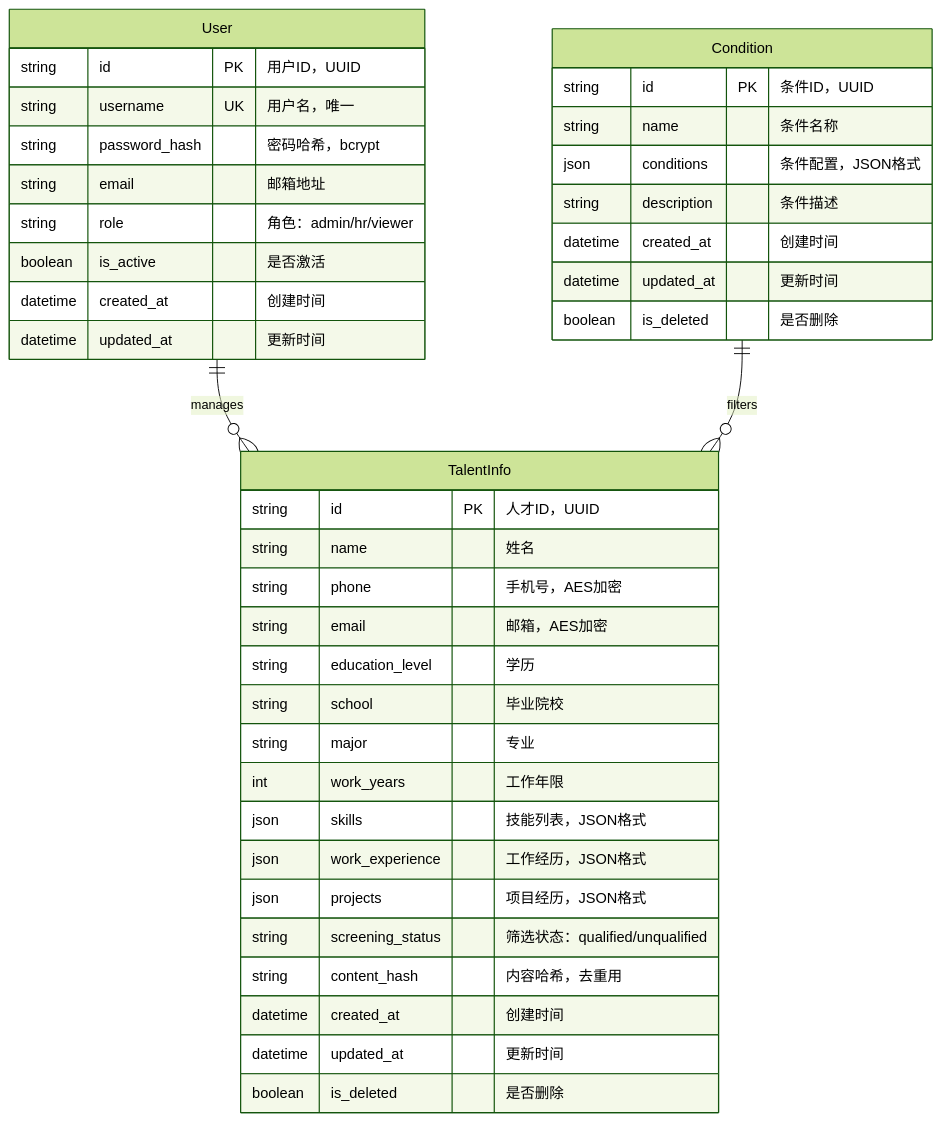
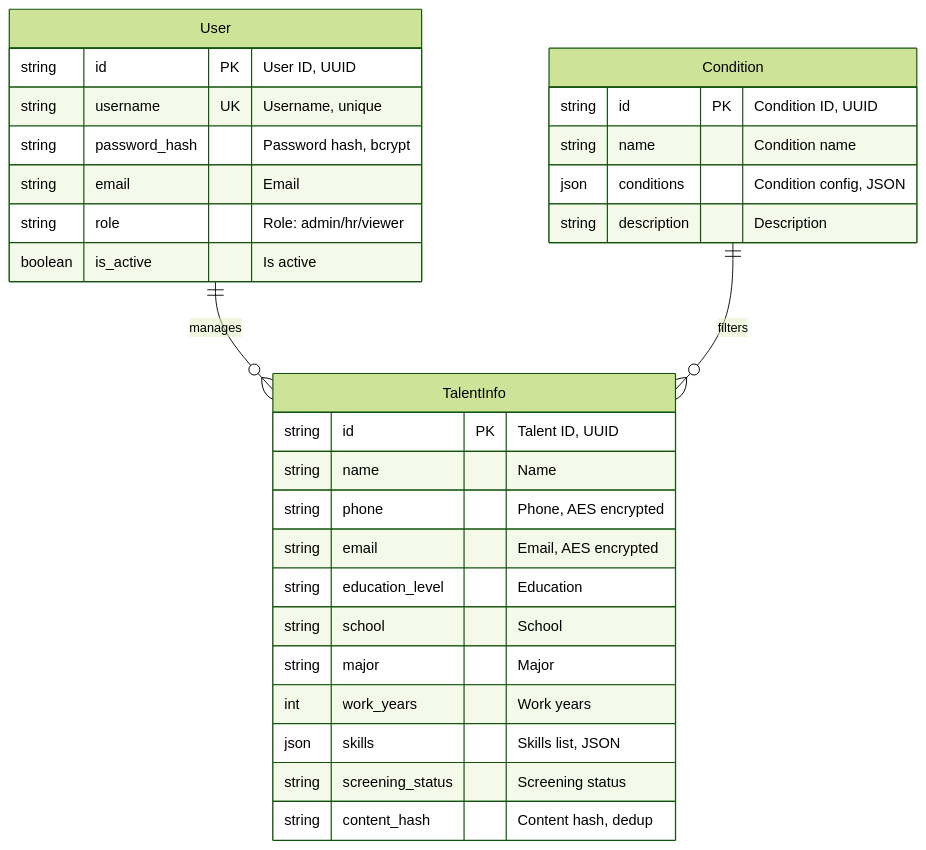
Before and after one commit to xt765/ResumeScreening: the sixth of 6 diagrams in README.md, drawn with Mermaid (forest theme). The commit also changed other lines of this file and 7 other files, not shown here.

````diff
--- a/README.md
+++ b/README.md
@@ -569,45 +257,35 @@
 ```mermaid
 erDiagram
     User ||--o{ TalentInfo : manages
     Condition ||--o{ TalentInfo : filters
-  
+    
     User {
-        string id PK "用户ID，UUID"
-        string username UK "用户名，唯一"
-        string password_hash "密码哈希，bcrypt"
-        string email "邮箱地址"
-        string role "角色：admin/hr/viewer"
-        boolean is_active "是否激活"
-        datetime created_at "创建时间"
-        datetime updated_at "更新时间"
+        string id PK "User ID, UUID"
+        string username UK "Username, unique"
+        string password_hash "Password hash, bcrypt"
+        string email "Email"
+        string role "Role: admin/hr/viewer"
+        boolean is_active "Is active"
     }
-  
+    
     TalentInfo {
-        string id PK "人才ID，UUID"
-        string name "姓名"
-        string phone "手机号，AES加密"
-        string email "邮箱，AES加密"
-        string education_level "学历"
-        string school "毕业院校"
-        string major "专业"
-        int work_years "工作年限"
-        json skills "技能列表，JSON格式"
-        json work_experience "工作经历，JSON格式"
-        json projects "项目经历，JSON格式"
-        string screening_status "筛选状态：qualified/unqualified"
-        string content_hash "内容哈希，去重用"
-        datetime created_at "创建时间"
-        datetime updated_at "更新时间"
-        boolean is_deleted "是否删除"
+        string id PK "Talent ID, UUID"
+        string name "Name"
+        string phone "Phone, AES encrypted"
+        string email "Email, AES encrypted"
+        string education_level "Education"
+        string school "School"
+        string major "Major"
+        int work_years "Work years"
+        json skills "Skills list, JSON"
+        string screening_status "Screening status"
+        string content_hash "Content hash, dedup"
     }
-  
+    
     Condition {
-        string id PK "条件ID，UUID"
-        string name "条件名称"
-        json conditions "条件配置，JSON格式"
-        string description "条件描述"
-        datetime created_at "创建时间"
-        datetime updated_at "更新时间"
-        boolean is_deleted "是否删除"
+        string id PK "Condition ID, UUID"
+        string name "Condition name"
+        json conditions "Condition config, JSON"
+        string description "Description"
     }
 ```
````
